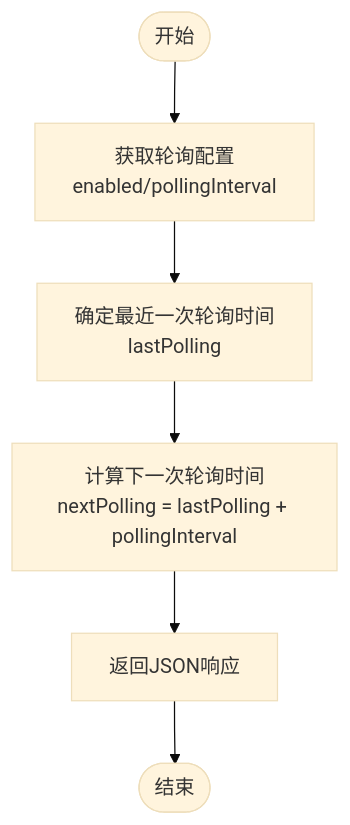
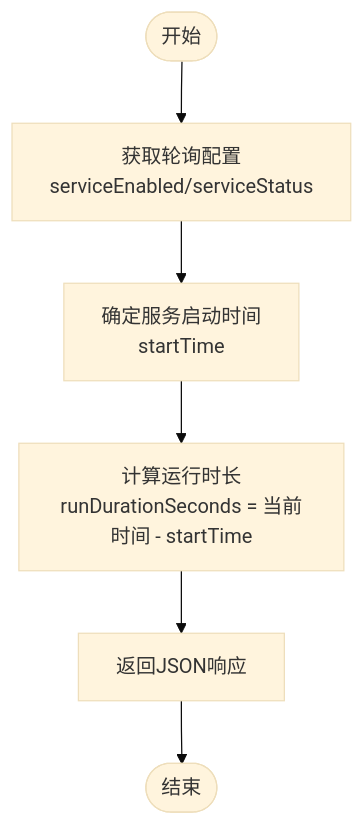
The fourth of 6 diagrams in .qoder/repowiki/zh/content/API参考/轮询状态API.md (liuzh2008/med_ai_assistant_workspace), drawn with Mermaid (base theme) before and after one commit. The commit also changed other lines of this file and 3 other files, not shown here.

````diff
--- a/.qoder/repowiki/zh/content/API参考/轮询状态API.md
+++ b/.qoder/repowiki/zh/content/API参考/轮询状态API.md
@@ -167,8 +198,8 @@
 ```mermaid
 flowchart TD
-Start(["开始"]) --> GetCfg["获取轮询配置<br/>enabled/pollingInterval"]
-GetCfg --> CalcLast["确定最近一次轮询时间<br/>lastPolling"]
-CalcLast --> CalcNext["计算下一次轮询时间<br/>nextPolling = lastPolling + pollingInterval"]
-CalcNext --> Resp["返回JSON响应"]
+Start(["开始"]) --> GetCfg["获取轮询配置<br/>serviceEnabled/serviceStatus"]
+GetCfg --> CalcStart["确定服务启动时间<br/>startTime"]
+CalcStart --> CalcDuration["计算运行时长<br/>runDurationSeconds = 当前时间 - startTime"]
+CalcDuration --> Resp["返回JSON响应"]
 Resp --> End(["结束"])
 ```
````
